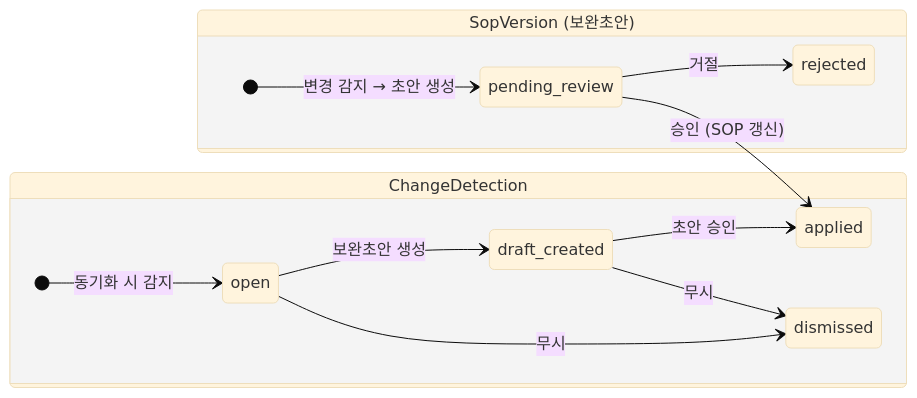
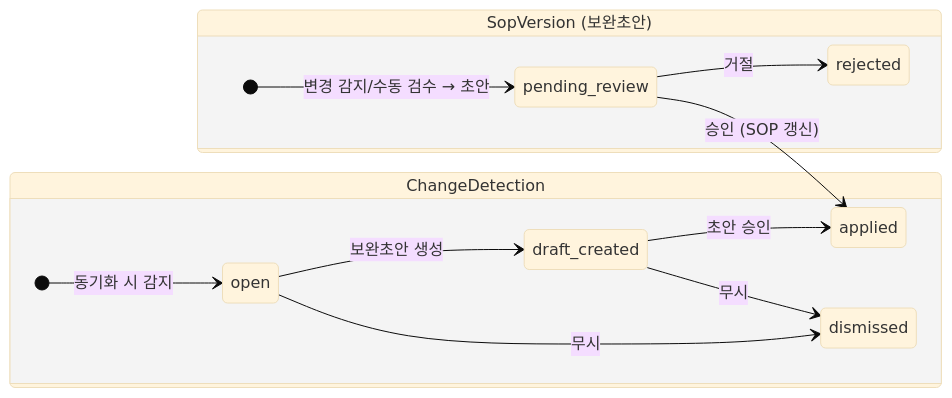
One commit to jinjjju/AI_SOP changed the sixth of 6 diagrams in docs/ARCHITECTURE.md. Above: the diagram before and after it, drawn with Mermaid (base theme). The commit also changed other lines of this file and 3 other files, not shown here.

````diff
--- a/docs/ARCHITECTURE.md
+++ b/docs/ARCHITECTURE.md
@@ -149,16 +202,16 @@
 ```mermaid
 stateDiagram-v2
     direction LR
     state "SopVersion (보완초안)" as v {
-        [*] --> pending_review: 변경 감지 → 초안 생성
+        [*] --> pending_review: 변경 감지/수동 검수 → 초안
         pending_review --> applied: 승인 (SOP 갱신)
         pending_review --> rejected: 거절
     }
     state "ChangeDetection" as c {
         [*] --> open: 동기화 시 감지
         open --> draft_created: 보완초안 생성
         draft_created --> applied: 초안 승인
         open --> dismissed: 무시
         draft_created --> dismissed: 무시
     }
 ```
````
